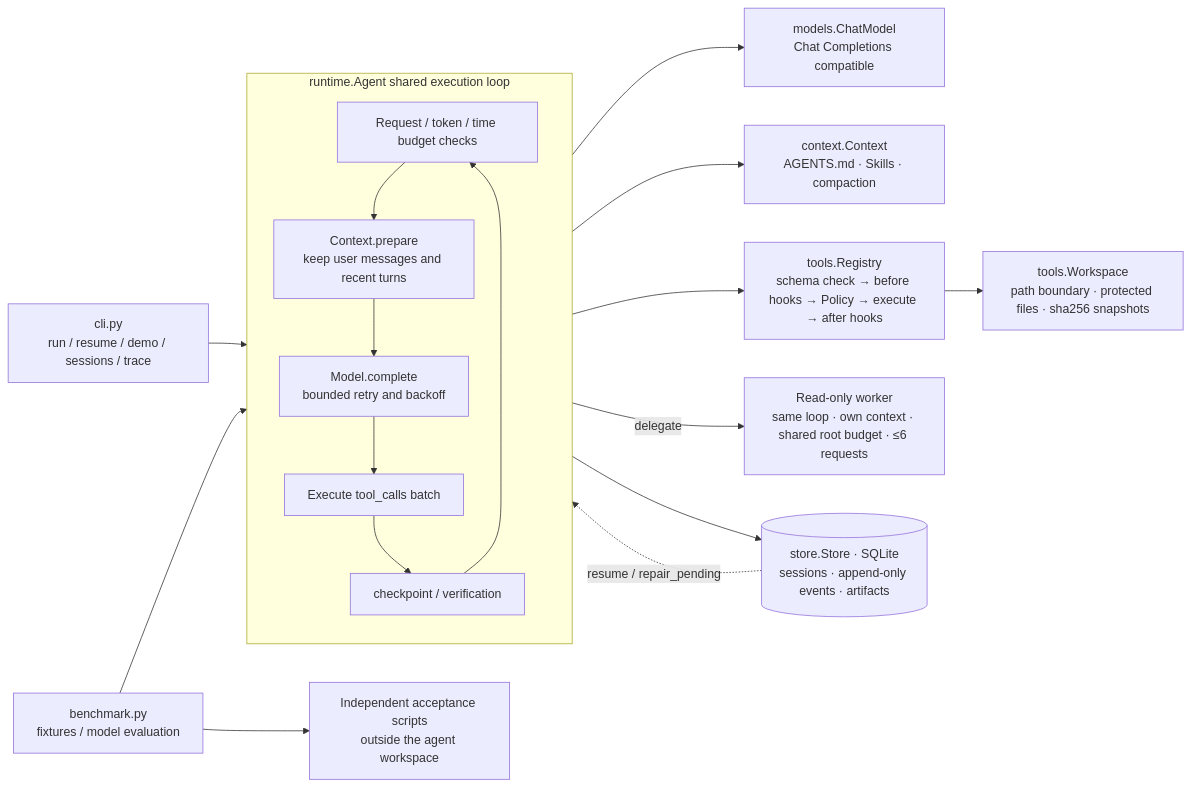
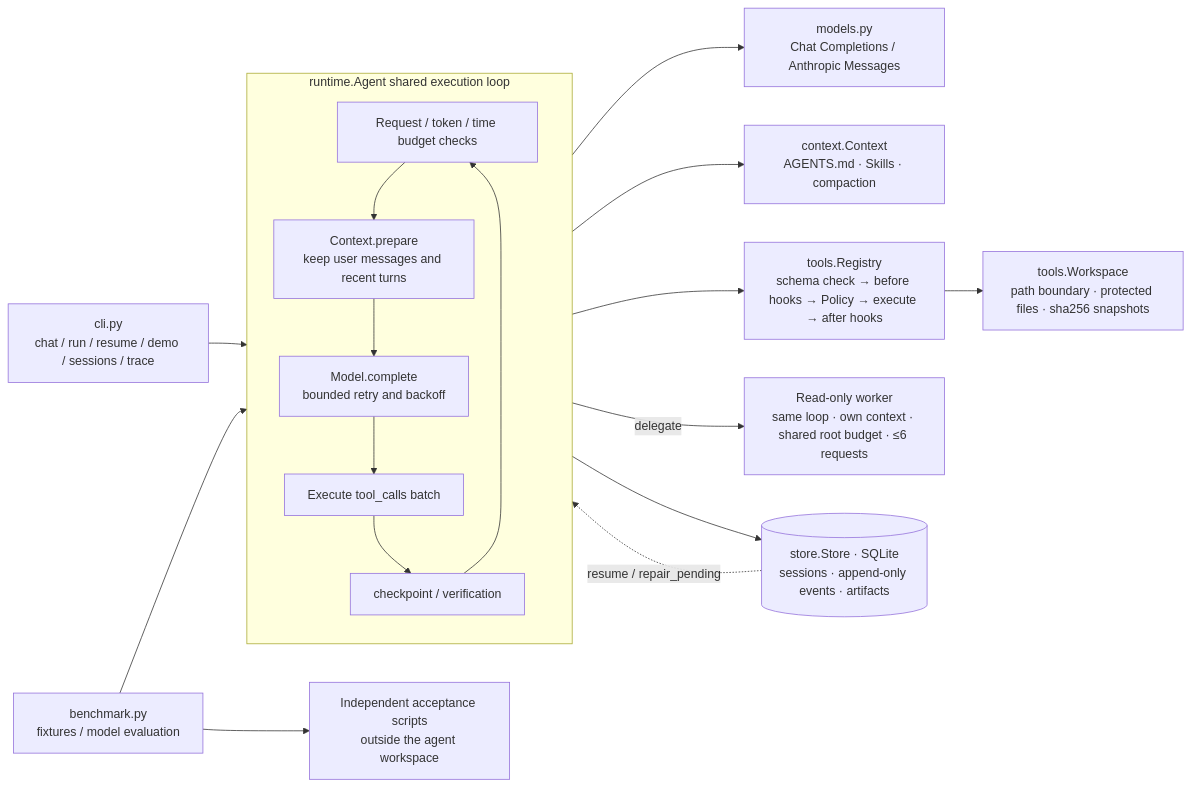
The diagram in README.en.md (twi66li/CodeHarness), drawn with Mermaid before and after one commit. The commit also changed other lines of this file and 7 other files, not shown here.

````diff
--- a/README.en.md
+++ b/README.en.md
@@ -11,23 +11,23 @@
 ```mermaid
 flowchart LR
-    CLI["cli.py<br/>run / resume / demo / sessions / trace"] --> Agent
+    CLI["cli.py<br/>chat / run / resume / demo / sessions / trace"] --> Agent
     Bench["benchmark.py<br/>fixtures / model evaluation"] --> Agent
     Bench --> Accept["Independent acceptance scripts<br/>outside the agent workspace"]
 
     subgraph Agent["runtime.Agent shared execution loop"]
         direction TB
         Budget["Request / token / time budget checks"] --> Prepare["Context.prepare<br/>keep user messages and recent turns"]
         Prepare --> Call["Model.complete<br/>bounded retry and backoff"]
         Call --> Batch["Execute tool_calls batch"]
         Batch --> Check["checkpoint / verification"]
         Check --> Budget
     end
 
-    Call --> Model["models.ChatModel<br/>Chat Completions compatible"]
+    Call --> Model["models.py<br/>Chat Completions / Anthropic Messages"]
     Prepare --> Ctx["context.Context<br/>AGENTS.md · Skills · compaction"]
     Batch --> Reg["tools.Registry<br/>schema check → before hooks → Policy → execute → after hooks"]
     Reg --> WS["tools.Workspace<br/>path boundary · protected files · sha256 snapshots"]
     Batch -- delegate --> Child["Read-only worker<br/>same loop · own context · shared root budget · ≤6 requests"]
     Agent --> Store[("store.Store · SQLite<br/>sessions · append-only events · artifacts")]
     Store -. resume / repair_pending .-> Agent
 ```
````
